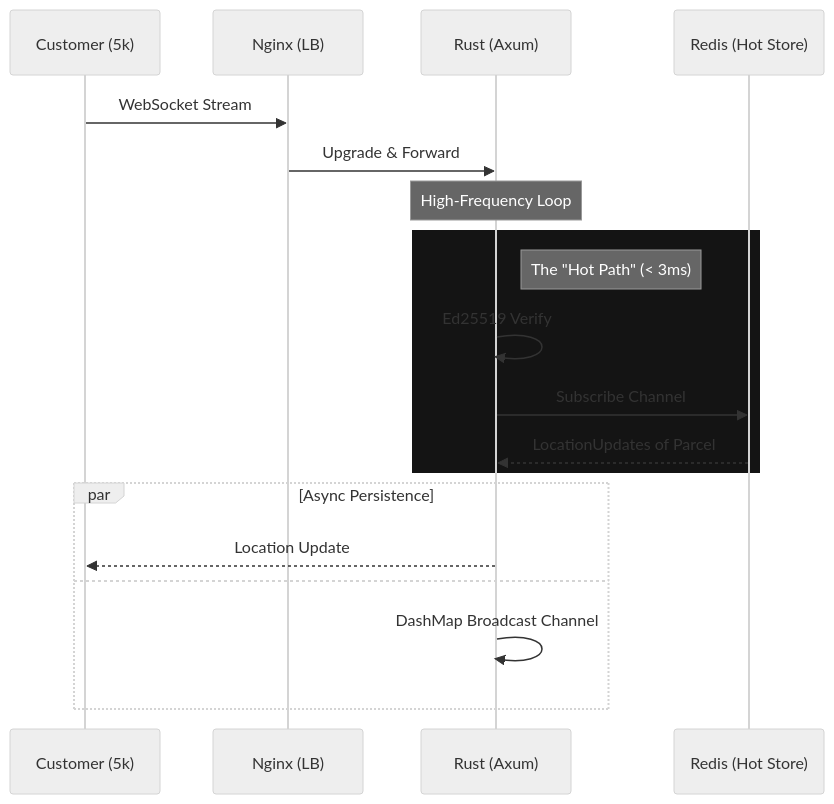
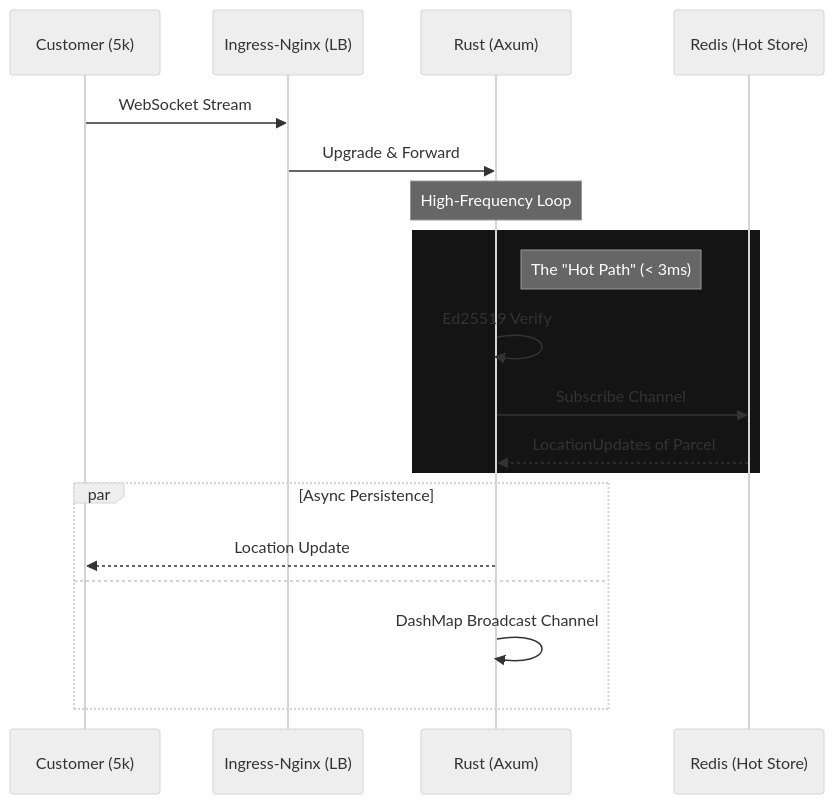
Before and after one commit to fossabot/high-concurrency-logistics-engine: the second of 2 diagrams in README.md, drawn with Mermaid (neutral theme).

````diff
--- a/README.md
+++ b/README.md
@@ -73,25 +73,25 @@
 ```mermaid
 sequenceDiagram
     participant C as Customer (5k)
-    participant N as Nginx (LB)
+    participant N as Ingress-Nginx (LB)
     participant R as Rust (Axum)
     participant D as Redis (Hot Store)
 
     C->>N: WebSocket Stream
     N->>R: Upgrade & Forward
     
     Note over R: High-Frequency Loop
     
     rect rgb(20, 20, 20)
         Note right of R: The "Hot Path" (< 3ms)
         R->>R: Ed25519 Verify
         R->>D: Subscribe Channel 
         D-->>R: LocationUpdates of Parcel
     end
 
     par Async Persistence
         R-->>C: Location Update
         and
         R->>R: DashMap Broadcast Channel
     end
 ```
````
